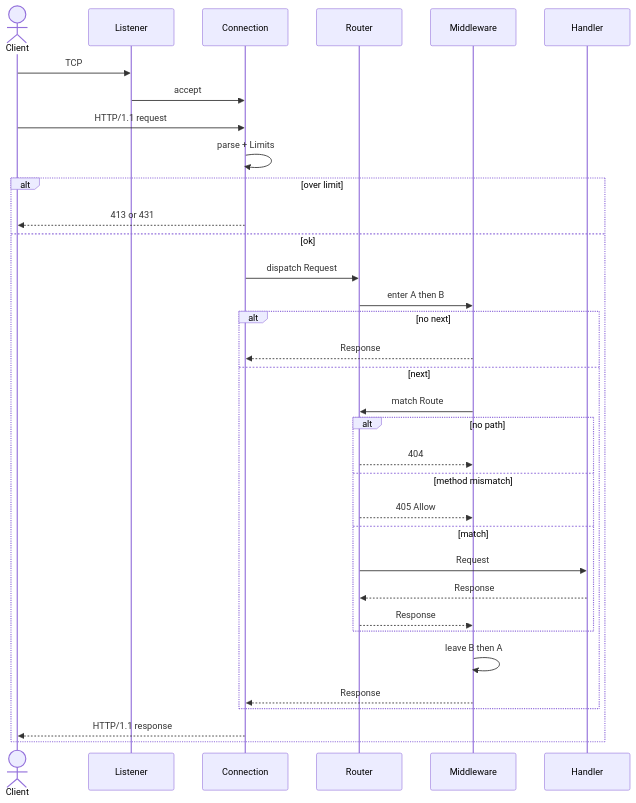
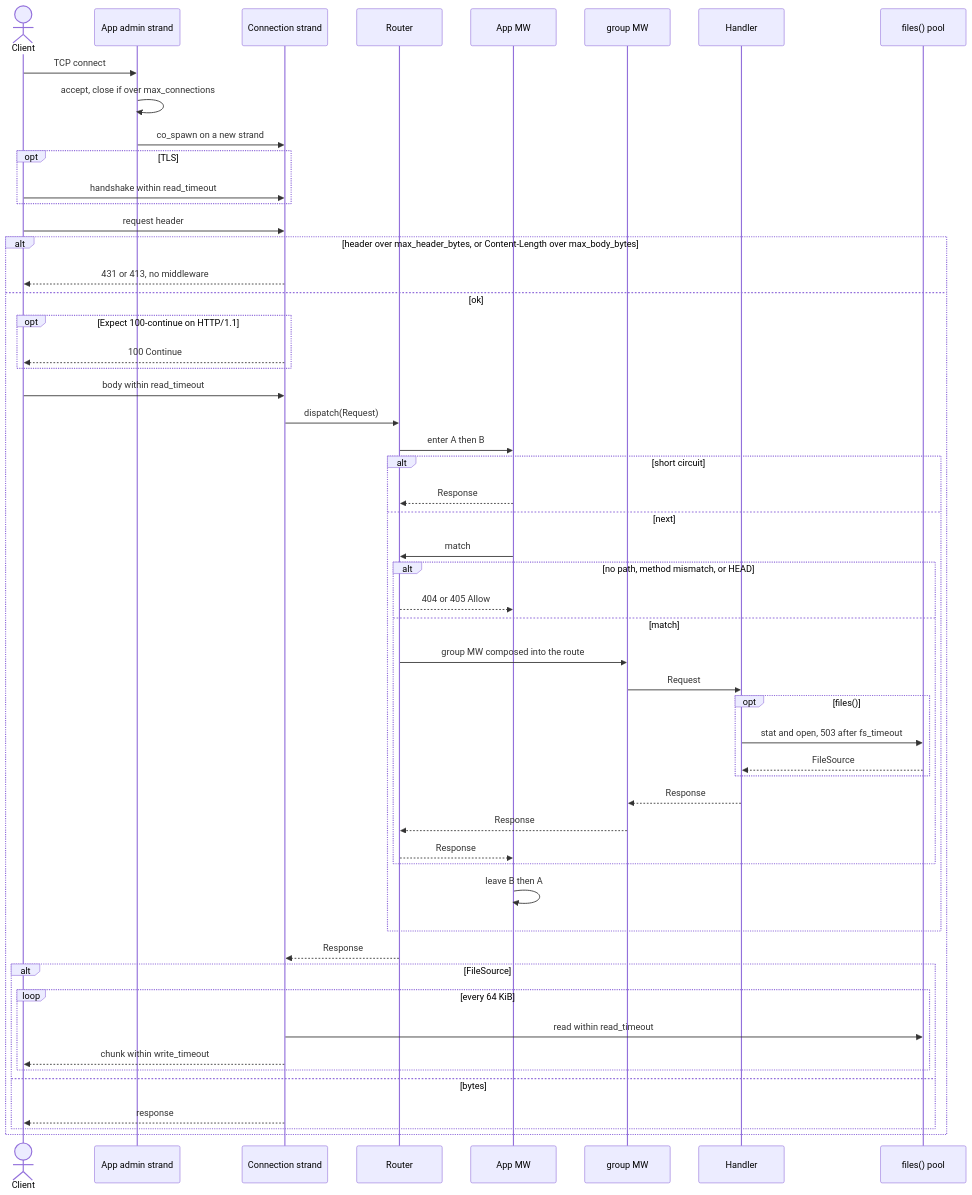
Before and after one commit to SilentMalachite/Hayate: the fourth of 4 diagrams in docs/UML.md, drawn with Mermaid. The commit also changed other lines of this file and 1 other file, not shown here.

First line of the commit message:
docs: bring UML and ER in line with the code and the accepted Phase 3

````diff
--- a/docs/UML.md
+++ b/docs/UML.md
@@ -256,37 +338,57 @@
 ```mermaid
 sequenceDiagram
     actor Client
-    participant L as Listener
-    participant C as Connection
+    participant A as App admin strand
+    participant C as Connection strand
     participant R as Router
-    participant M as Middleware
+    participant M as App MW
+    participant G as group MW
     participant H as Handler
+    participant P as files() pool
 
-    Client->>L: TCP
-    L->>C: accept
-    Client->>C: HTTP/1.1 request
-    C->>C: parse + Limits
-    alt over limit
-        C-->>Client: 413 or 431
+    Client->>A: TCP connect
+    A->>A: accept, close if over max_connections
+    A->>C: co_spawn on a new strand
+    opt TLS
+        Client->>C: handshake within read_timeout
+    end
+    Client->>C: request header
+    alt header over max_header_bytes, or Content-Length over max_body_bytes
+        C-->>Client: 431 or 413, no middleware
     else ok
-        C->>R: dispatch Request
+        opt Expect 100-continue on HTTP/1.1
+            C-->>Client: 100 Continue
+        end
+        Client->>C: body within read_timeout
+        C->>R: dispatch(Request)
         R->>M: enter A then B
-        alt no next
-            M-->>C: Response
+        alt short circuit
+            M-->>R: Response
         else next
-            M->>R: match Route
-            alt no path
-                R-->>M: 404
-            else method mismatch
-                R-->>M: 405 Allow
+            M->>R: match
+            alt no path, method mismatch, or HEAD
+                R-->>M: 404 or 405 Allow
             else match
-                R->>H: Request
-                H-->>R: Response
+                R->>G: group MW composed into the route
+                G->>H: Request
+                opt files()
+                    H->>P: stat and open, 503 after fs_timeout
+                    P-->>H: FileSource
+                end
+                H-->>G: Response
+                G-->>R: Response
                 R-->>M: Response
             end
             M->>M: leave B then A
-            M-->>C: Response
         end
-        C-->>Client: HTTP/1.1 response
+        R-->>C: Response
+        alt FileSource
+            loop every 64 KiB
+                C->>P: read within read_timeout
+                C-->>Client: chunk within write_timeout
+            end
+        else bytes
+            C-->>Client: response
+        end
     end
 ```
````
